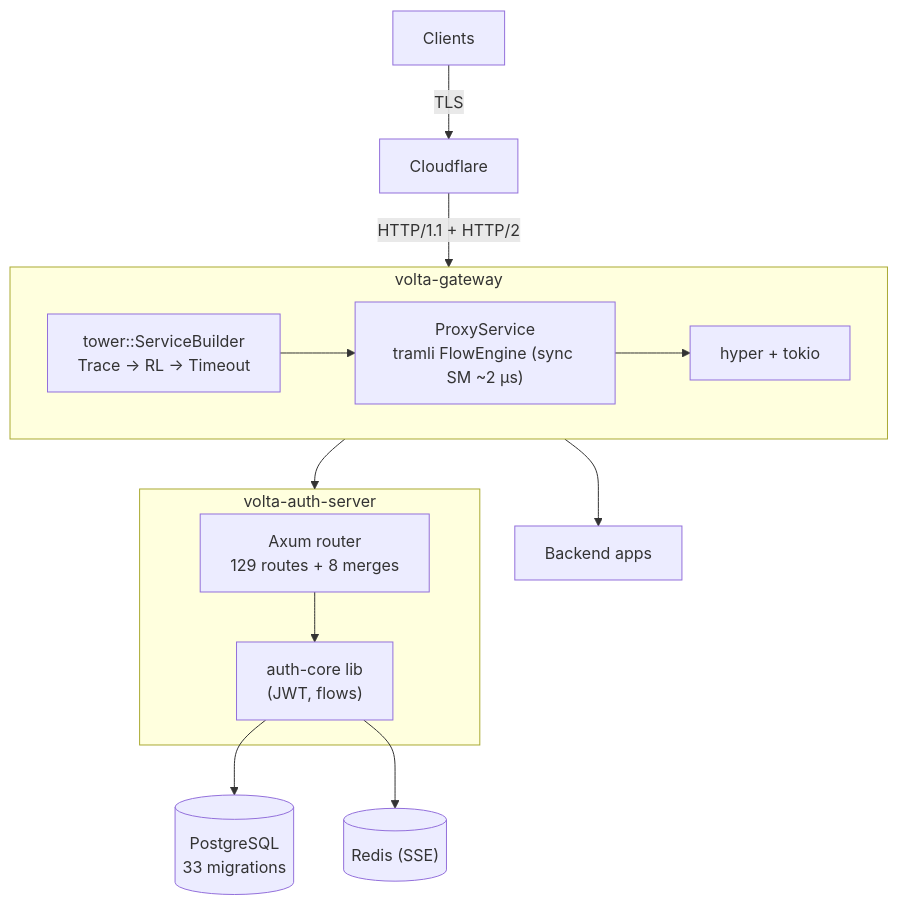
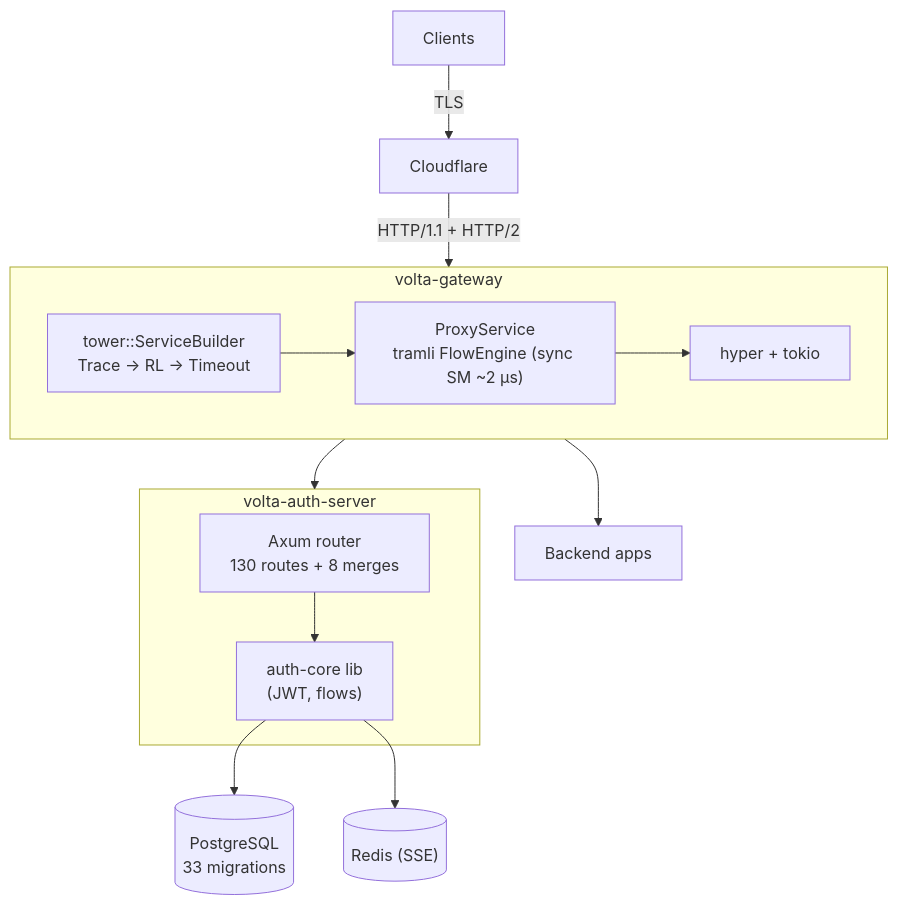
One commit to opaopa6969/volta-gateway changed diagram 11 of 11 in spec/SPEC.md. Above: the diagram before and after it, drawn with Mermaid. The commit also changed other lines of this file and 9 other files, not shown here.

````diff
--- a/spec/SPEC.md
+++ b/spec/SPEC.md
@@ -2272,24 +2273,24 @@
 ```mermaid
 graph TB
     CLIENTS["Clients"] -->|"TLS"| CF["Cloudflare"]
     CF -->|"HTTP/1.1 + HTTP/2"| GW
 
     subgraph GW ["volta-gateway"]
         TOWER["tower::ServiceBuilder<br/>Trace → RL → Timeout"]
         PROXY["ProxyService<br/>tramli FlowEngine (sync SM ~2 µs)"]
         HYPER["hyper + tokio"]
         TOWER --> PROXY --> HYPER
     end
 
     GW --> AS
     GW --> BE["Backend apps"]
 
     subgraph AS ["volta-auth-server"]
-        AXUM["Axum router<br/>129 routes + 8 merges"]
+        AXUM["Axum router<br/>130 routes + 8 merges"]
         CORE["auth-core lib<br/>(JWT, flows)"]
         AXUM --> CORE
     end
 
     CORE --> PG[("PostgreSQL<br/>33 migrations")]
     CORE --> RD[("Redis (SSE)")]
 ```
````
